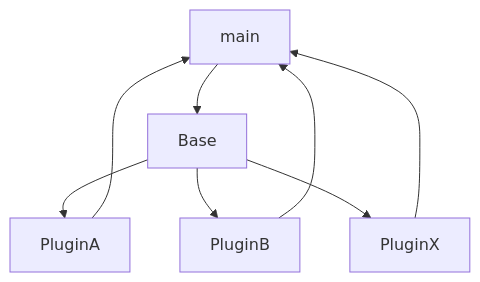
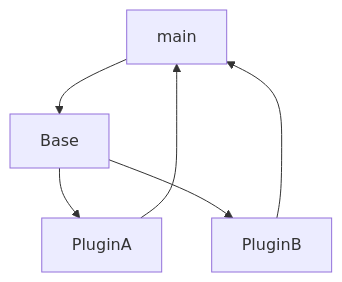
One commit to slevon/pluginMocUp changed the diagram in README.md. Above: the diagram before and after it, drawn with Mermaid.

````diff
--- a/README.md
+++ b/README.md
@@ -10,10 +10,8 @@
 ```mermaid
 graph TD;
     main-->Base;
     Base-->PluginA;
     Base-->PluginB;
-    Base-->PluginX;
     PluginA-->main;
-    PluginB-->main;
-    PluginX-->main; 
+    PluginB-->main; 
 ```
````
